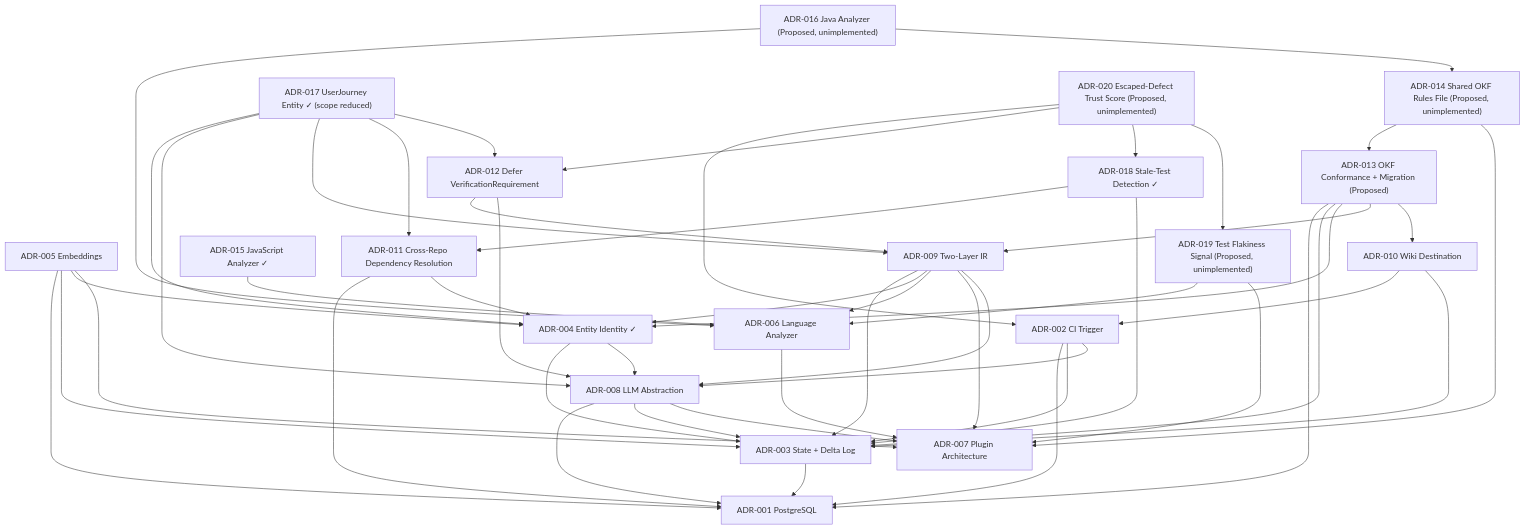
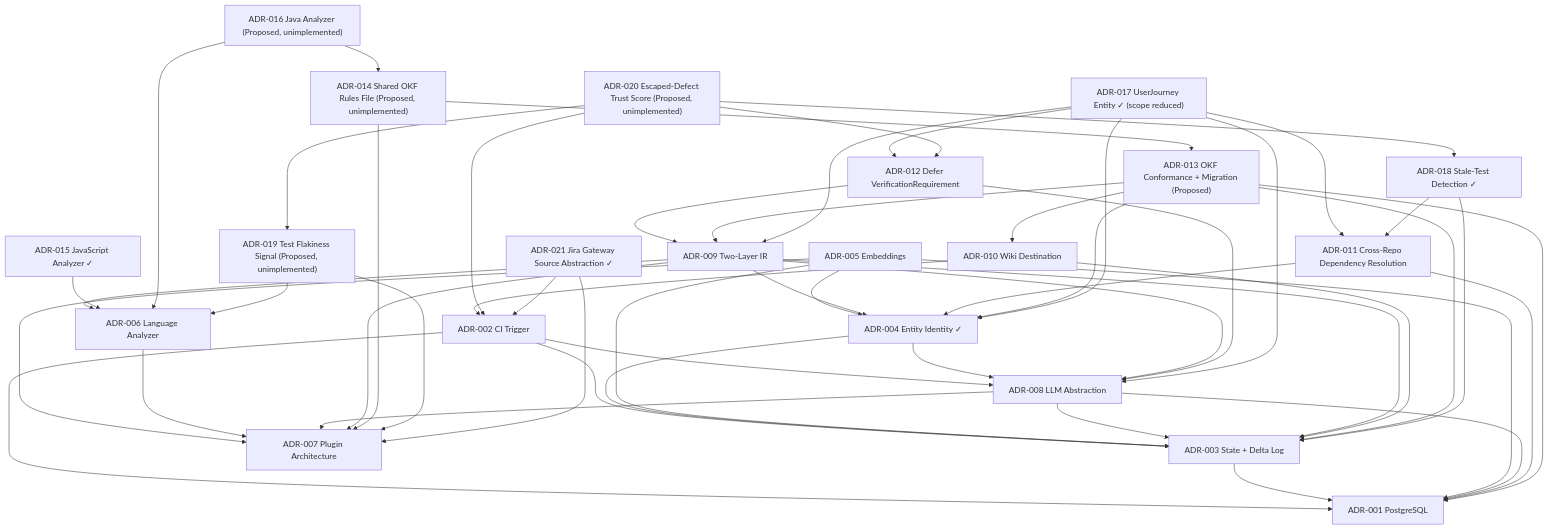
The diagram in docs/decisions/index.md (kushal-omnius/open-knowledge-compiler), drawn with Mermaid before and after one commit. The commit also changed other lines of this file and 12 other files, not shown here.

````diff
--- a/docs/decisions/index.md
+++ b/docs/decisions/index.md
@@ -171,51 +179,53 @@
 ```mermaid
 graph TD
     ADR002["ADR-002 CI Trigger"] --> ADR001["ADR-001 PostgreSQL"]
     ADR002 --> ADR003["ADR-003 State + Delta Log"]
     ADR002 --> ADR008["ADR-008 LLM Abstraction"]
     ADR003 --> ADR001
     ADR004["ADR-004 Entity Identity ✓"] --> ADR003
     ADR004 --> ADR008
     ADR005["ADR-005 Embeddings"] --> ADR001
     ADR005 --> ADR003
     ADR005 --> ADR004
     ADR005 --> ADR007["ADR-007 Plugin Architecture"]
     ADR006["ADR-006 Language Analyzer"] --> ADR007
     ADR008 --> ADR001
     ADR008 --> ADR003
     ADR008 --> ADR007
     ADR009["ADR-009 Two-Layer IR"] --> ADR003
     ADR009 --> ADR004
     ADR009 --> ADR006
     ADR009 --> ADR007
     ADR009 --> ADR008
     ADR010["ADR-010 Wiki Destination"] --> ADR002
     ADR010 --> ADR003
     ADR011["ADR-011 Cross-Repo Dependency Resolution"] --> ADR001
     ADR011 --> ADR004
     ADR012["ADR-012 Defer VerificationRequirement"] --> ADR009
     ADR012 --> ADR008
     ADR013["ADR-013 OKF Conformance + Migration (Proposed)"] --> ADR001
     ADR013 --> ADR003
     ADR013 --> ADR004
     ADR013 --> ADR009
     ADR013 --> ADR010
     ADR014["ADR-014 Shared OKF Rules File (Proposed, unimplemented)"] --> ADR013
     ADR014 --> ADR007
     ADR015["ADR-015 JavaScript Analyzer ✓"] --> ADR006
     ADR016["ADR-016 Java Analyzer (Proposed, unimplemented)"] --> ADR006
     ADR016 --> ADR014
     ADR017["ADR-017 UserJourney Entity ✓ (scope reduced)"] --> ADR004
     ADR017 --> ADR008
     ADR017 --> ADR009
     ADR017 --> ADR011
     ADR017 --> ADR012
     ADR018["ADR-018 Stale-Test Detection ✓"] --> ADR011
     ADR018 --> ADR003
     ADR019["ADR-019 Test Flakiness Signal (Proposed, unimplemented)"] --> ADR006
     ADR019 --> ADR007
     ADR020["ADR-020 Escaped-Defect Trust Score (Proposed, unimplemented)"] --> ADR002
     ADR020 --> ADR012
     ADR020 --> ADR018
     ADR020 --> ADR019
+    ADR021["ADR-021 Jira Gateway Source Abstraction ✓"] --> ADR002
+    ADR021 --> ADR007
 ```
````
